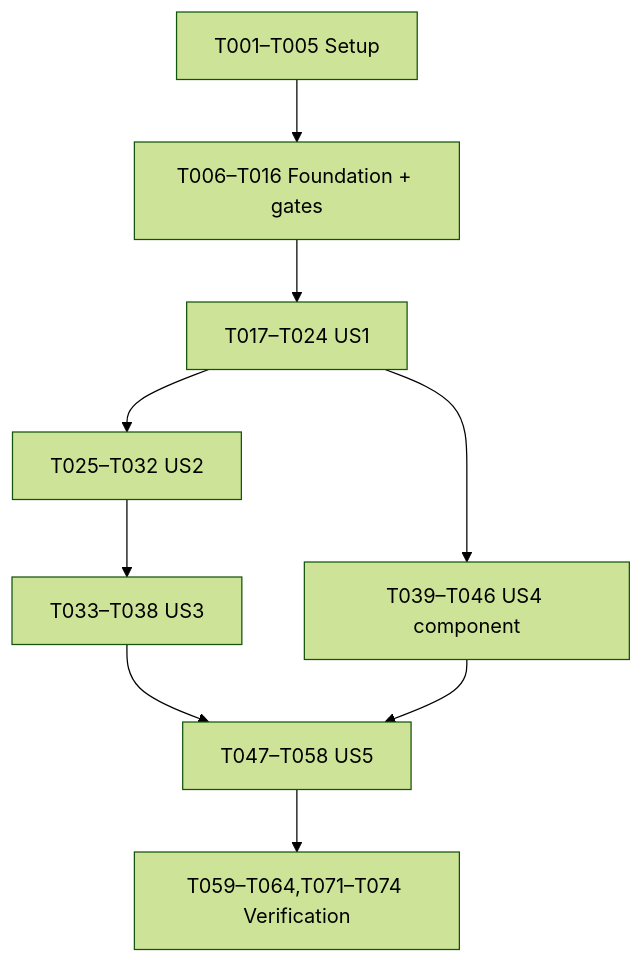
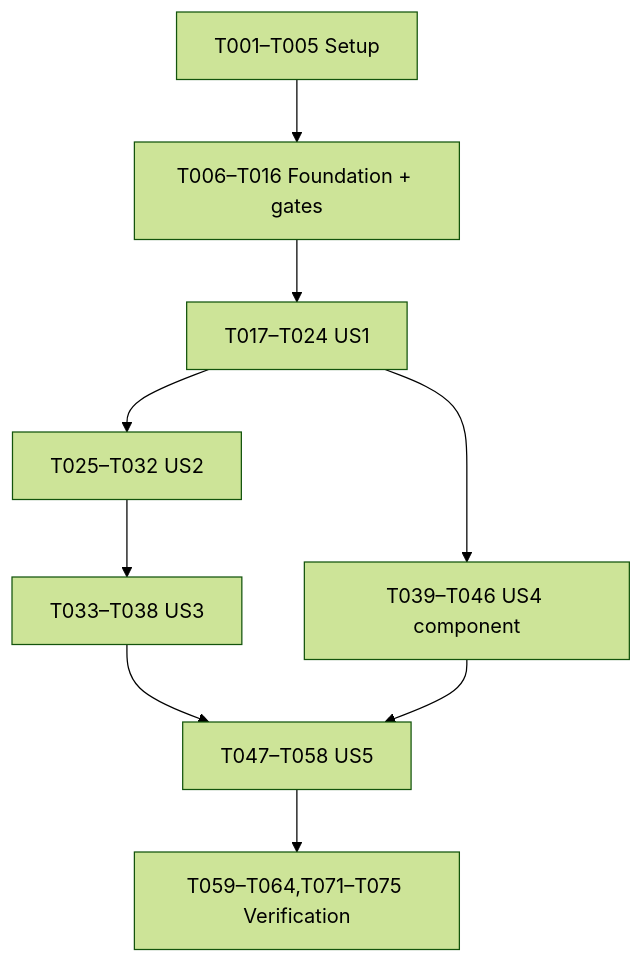
Before and after one commit to HuyDoDevv/student-topic-management: the diagram in specs/001-topic-registration/tasks.md, drawn with Mermaid (forest theme). The commit also changed other lines of this file and 15 other files, not shown here.

````diff
--- a/specs/001-topic-registration/tasks.md
+++ b/specs/001-topic-registration/tasks.md
@@ -251,11 +253,11 @@
 ```mermaid
 flowchart TD
   S["T001–T005 Setup"] --> F["T006–T016 Foundation + gates"]
   F --> U1["T017–T024 US1"]
   U1 --> U2["T025–T032 US2"]
   U2 --> U3["T033–T038 US3"]
   U1 --> U4["T039–T046 US4 component"]
   U3 --> U5["T047–T058 US5"]
   U4 --> U5
-  U5 --> P["T059–T064,T071–T074 Verification"]
+  U5 --> P["T059–T064,T071–T075 Verification"]
 ```
````
